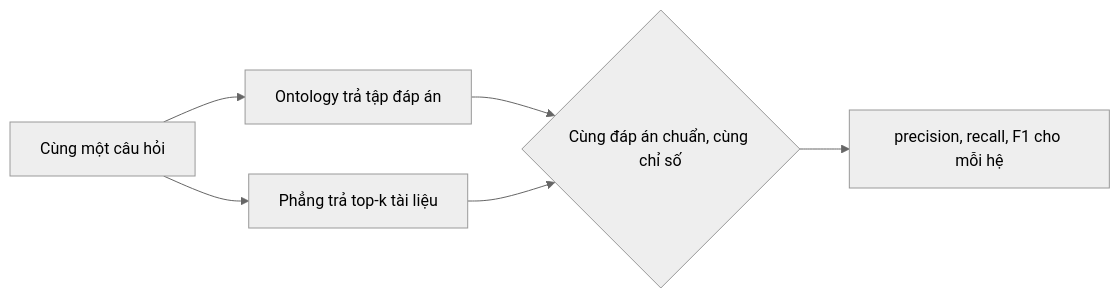
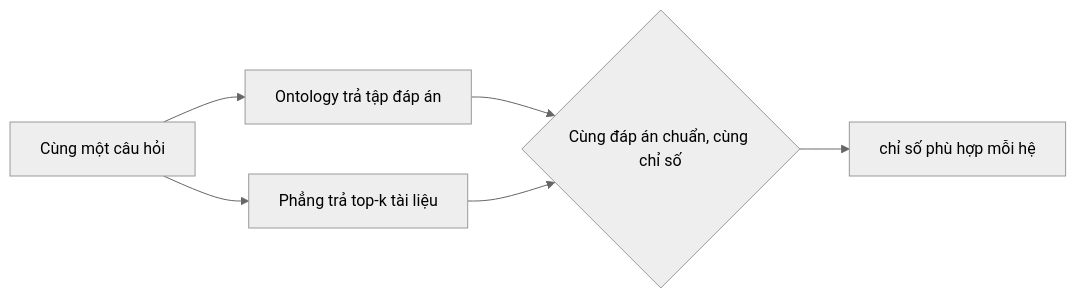
Before and after one commit to vpthinh19/ontology-chatbot: the ninth of 9 diagrams in docs/CONCEPT.md, drawn with Mermaid (neutral theme). The commit also changed other lines of this file and 2 other files, not shown here.

````diff
--- a/docs/CONCEPT.md
+++ b/docs/CONCEPT.md
@@ -652,8 +652,8 @@
 ```mermaid
 flowchart LR
     QS["Cùng một câu hỏi"] --> ONT["Ontology trả tập đáp án"]
     QS --> FLAT["Phẳng trả top-k tài liệu"]
     ONT --> G{"Cùng đáp án chuẩn, cùng chỉ số"}
     FLAT --> G
-    G --> V["precision, recall, F1 cho mỗi hệ"]
+    G --> V["chỉ số phù hợp mỗi hệ"]
 ```
````
